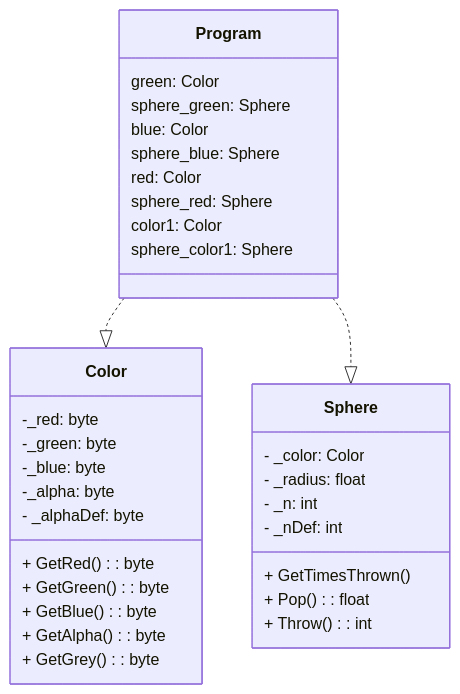
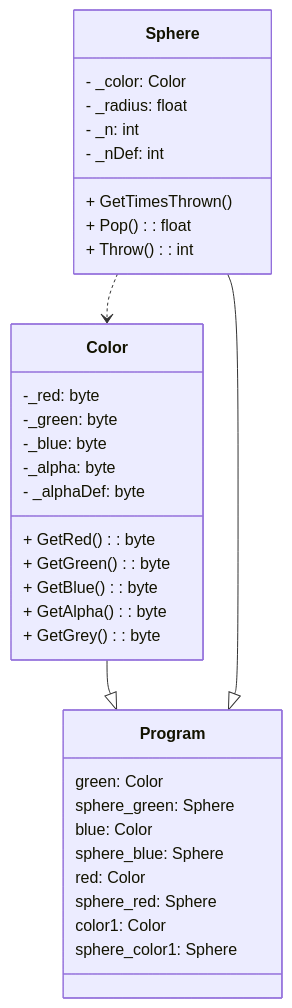
One commit to BrunoSilvaAlegria/LP1Semana06 changed the diagram in BetterColorSpheres/README.md. Above: the diagram before and after it, drawn with Mermaid.

Commit message:
Ex 7, updated connections

````diff
--- a/BetterColorSpheres/README.md
+++ b/BetterColorSpheres/README.md
@@ -1,40 +1,42 @@
 ``` mermaid
 
       classDiagram
       class Color {
             -_red: byte
             -_green: byte
             -_blue: byte
             -_alpha: byte
             - _alphaDef: byte
             + GetRed(): byte
             + GetGreen(): byte
             + GetBlue(): byte
             + GetAlpha(): byte
             + GetGrey(): byte
       }
 
       class Sphere {
             - _color: Color
             - _radius: float
             - _n: int
             - _nDef: int
             + GetTimesThrown()
             + Pop(): float
             + Throw(): int
       }
 
       class Program {
             green: Color
             sphere_green: Sphere
             blue: Color
             sphere_blue: Sphere
             red: Color
             sphere_red: Sphere
             color1: Color
             sphere_color1: Sphere
       }
 
-      Program ..|> Color
-      Program ..|> Sphere
+      Color --|> Program
+      Sphere --|> Program
+      Sphere ..> Color
+
 ```
````
